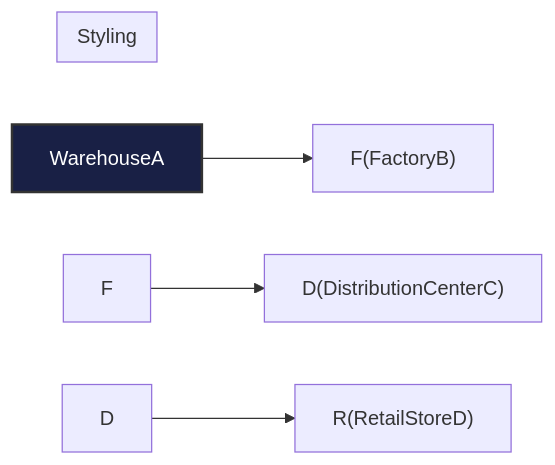
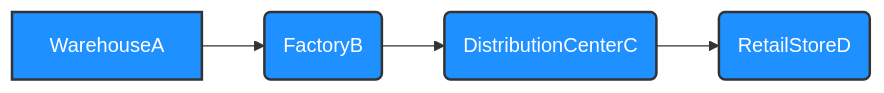
The third of 4 diagrams in docs/2_introduction.md (ikko/sym), drawn with Mermaid before and after one commit. The commit also changed other lines of this file and 15 other files, not shown here.

Commit message:
inbetween cleaning examples and recolor mermaids

````diff
--- a/docs/2_introduction.md
+++ b/docs/2_introduction.md
@@ -154,11 +191,11 @@
 ```mermaid
 graph LR
-    W[WarehouseA] --> F&#40FactoryB&#41
-    F --> D&#40DistributionCenterC&#41
-    D --> R&#40RetailStoreD&#41
+    W[WarehouseA] --> F(FactoryB)
+    F --> D(DistributionCenterC)
+    D --> R(RetailStoreD)
 
-    subgraph "Styling"
-    end
-
-    style W fill:#192045,stroke:#333,stroke-width:2px,color:#FFFFFF; 
+    style W fill:#1E90FF,stroke:#333,stroke-width:2px,color:#FFFFFF; 
+    style F fill:#1E90FF,stroke:#333,stroke-width:2px,color:#FFFFFF; 
+    style D fill:#1E90FF,stroke:#333,stroke-width:2px,color:#FFFFFF; 
+    style R fill:#1E90FF,stroke:#333,stroke-width:2px,color:#FFFFFF; 
 ```
````
